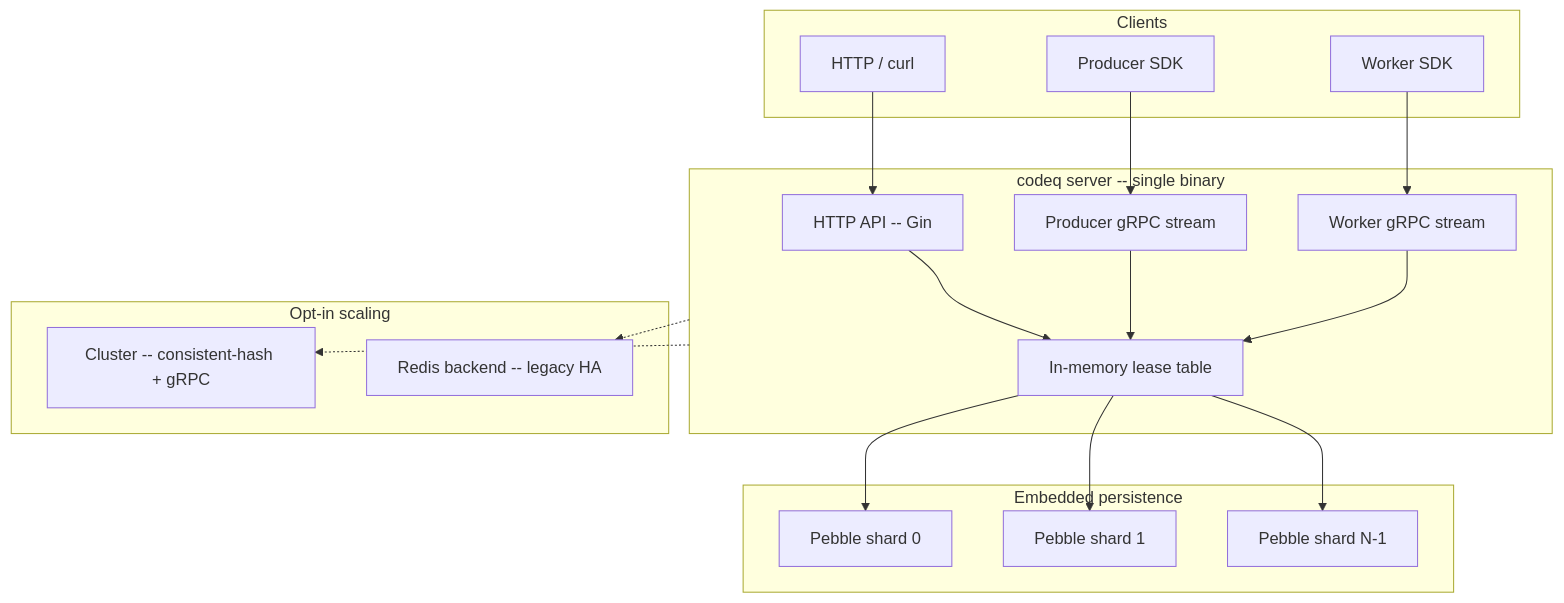
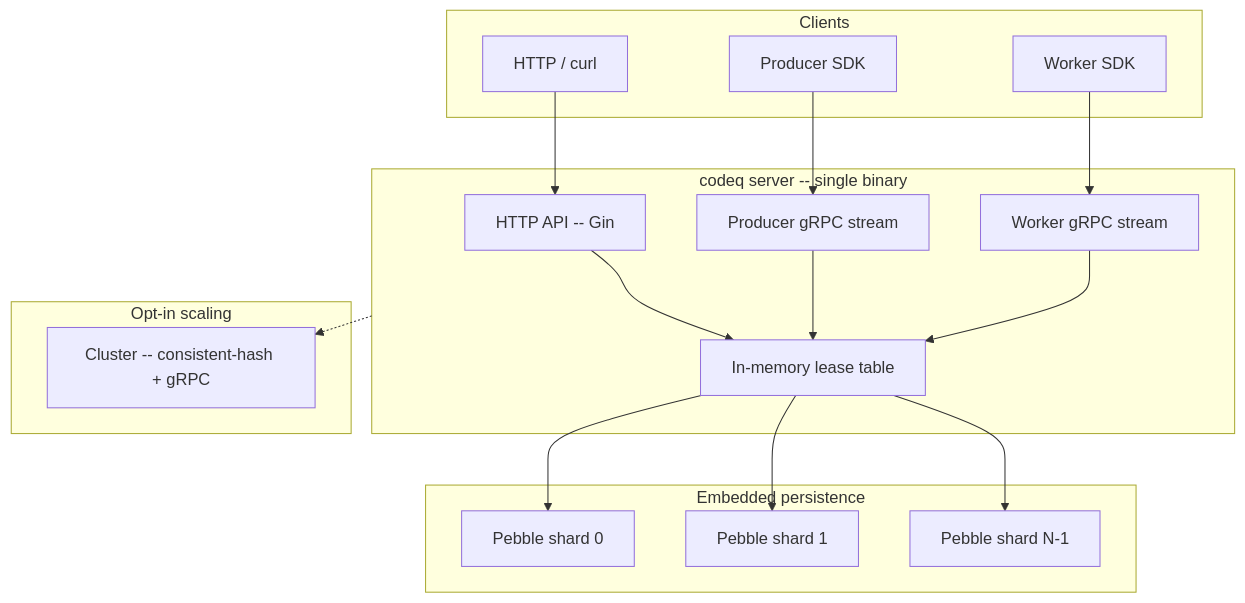
Before and after one commit to osvaldoandrade/codeq: the diagram in README.md, drawn with Mermaid. The commit also changed other lines of this file and 70 other files, not shown here.

````diff
--- a/README.md
+++ b/README.md
@@ -28,34 +27,32 @@
 ```mermaid
 graph TB
   subgraph Clients
     PSDK[Producer SDK]
     WSDK[Worker SDK]
     CURL[HTTP / curl]
   end
   subgraph Server[codeq server -- single binary]
     HTTP[HTTP API -- Gin]
     PGRPC[Producer gRPC stream]
     WGRPC[Worker gRPC stream]
     LEASE[In-memory lease table]
   end
   subgraph Storage[Embedded persistence]
     P0[Pebble shard 0]
     P1[Pebble shard 1]
     PN[Pebble shard N-1]
   end
   subgraph Optional[Opt-in scaling]
     CL[Cluster -- consistent-hash + gRPC]
-    REDIS[Redis backend -- legacy HA]
   end
   PSDK --> PGRPC
   WSDK --> WGRPC
   CURL --> HTTP
   HTTP --> LEASE
   PGRPC --> LEASE
   WGRPC --> LEASE
   LEASE --> P0
   LEASE --> P1
   LEASE --> PN
   Server -.-> CL
-  Server -.-> REDIS
 ```
````
